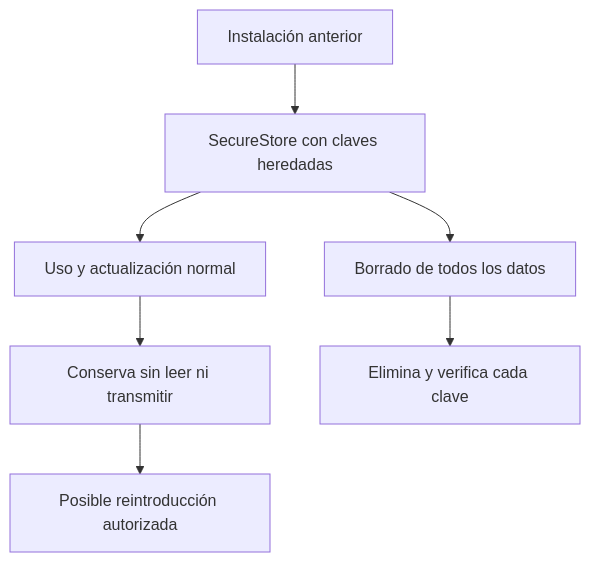
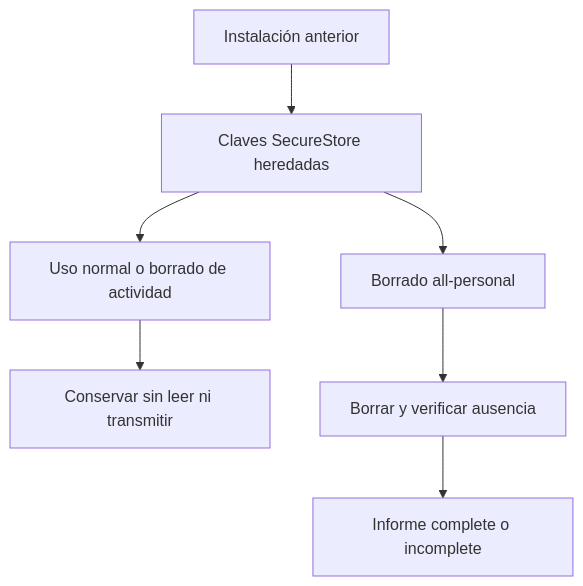
Before and after one commit to maximofn/gymnasia: the first of 2 diagrams in openwiki/integrations/vivagym-and-updates.md, drawn with Mermaid. The commit also changed other lines of this file and 41 other files, not shown here.

````diff
--- a/openwiki/integrations/vivagym-and-updates.md
+++ b/openwiki/integrations/vivagym-and-updates.md
@@ -55,9 +63,9 @@
 ```mermaid
 flowchart TD
-    Legacy["Instalación anterior"] --> Secure["SecureStore con claves heredadas"]
-    Secure --> Normal["Uso y actualización normal"]
-    Normal --> Retain["Conserva sin leer ni transmitir"]
-    Secure --> Full["Borrado de todos los datos"]
-    Full --> Delete["Elimina y verifica cada clave"]
-    Retain --> Future["Posible reintroducción autorizada"]
+    Prior["Instalación anterior"] --> Keys["Claves SecureStore heredadas"]
+    Keys --> Normal["Uso normal o borrado de actividad"]
+    Normal --> Keep["Conservar sin leer ni transmitir"]
+    Keys --> Full["Borrado all-personal"]
+    Full --> Delete["Borrar y verificar ausencia"]
+    Delete --> Report["Informe complete o incomplete"]
 ```
````
